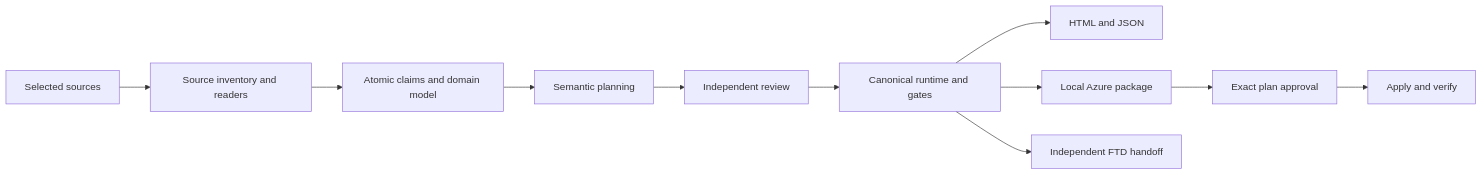
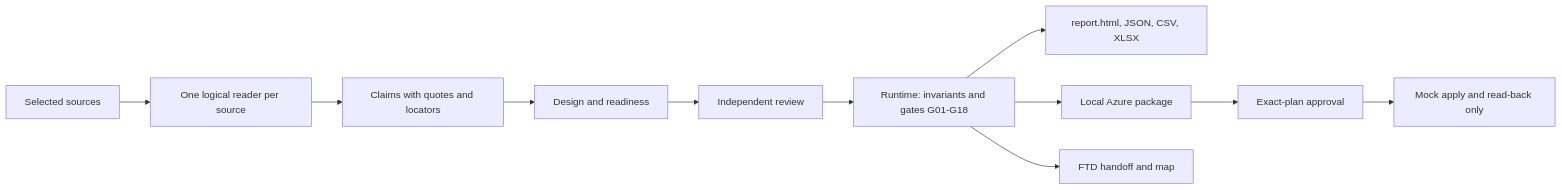
Before and after one commit to Soturine/product-backlog-designer: the diagram in README.md, drawn with Mermaid. The commit also changed other lines of this file and 10 other files, not shown here.

````diff
--- a/README.md
+++ b/README.md
@@ -116,13 +86,13 @@
 ```mermaid
 flowchart LR
- A[Selected sources] --> B[Source inventory and readers]
- B --> C[Atomic claims and domain model]
- C --> D[Semantic planning]
+ A[Selected sources] --> B[One logical reader per source]
+ B --> C[Claims with quotes and locators]
+ C --> D[Design and readiness]
  D --> E[Independent review]
- E --> F[Canonical runtime and gates]
- F --> G[HTML and JSON]
+ E --> F[Runtime: invariants and gates G01-G18]
+ F --> G[report.html, JSON, CSV, XLSX]
  F --> H[Local Azure package]
- H --> I[Exact plan approval]
- I --> J[Apply and verify]
- F --> K[Independent FTD handoff]
+ H --> I[Exact-plan approval]
+ I --> J[Mock apply and read-back only]
+ F --> K[FTD handoff and map]
 ```
````
